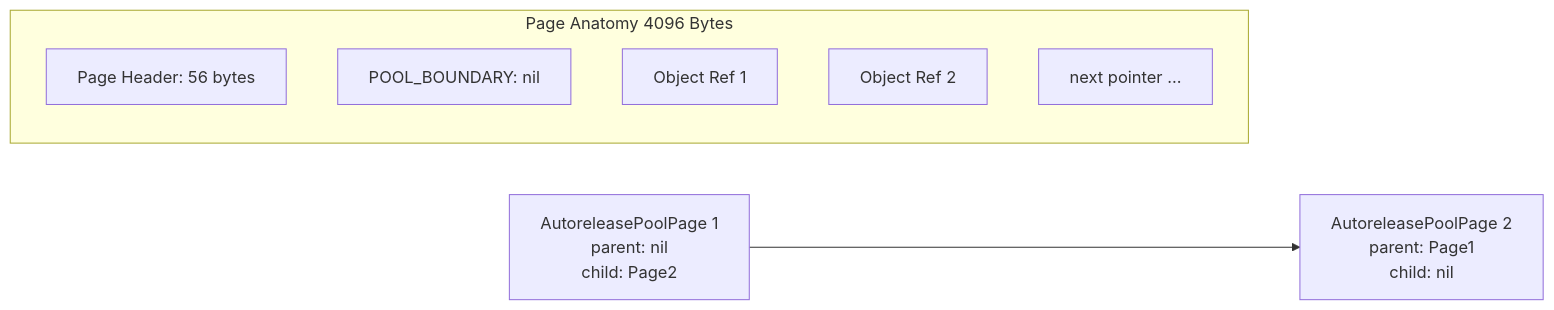
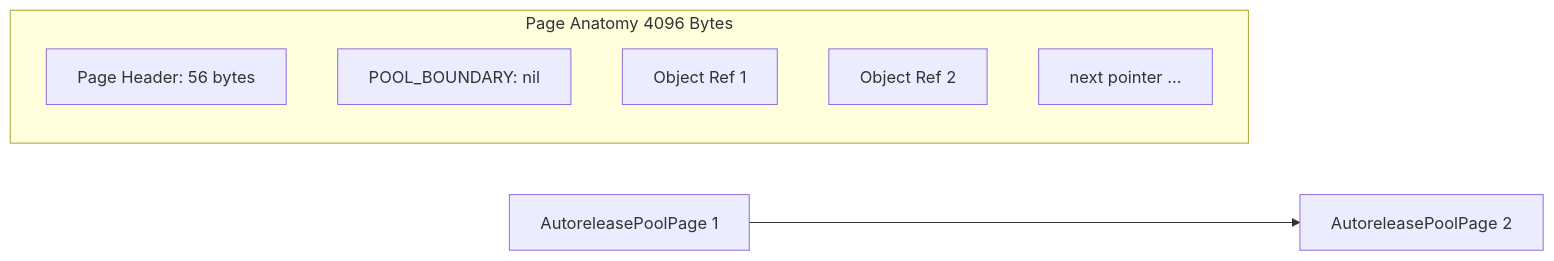
The fourth of 4 diagrams in engineering/growth-and-internals/05_iOS_Objective_C_Runtime_and_Mach_Internals.md (vennamprasad/awesome-mobile-interviews), drawn with Mermaid before and after one commit. The commit also changed other lines of this file and 7 other files, not shown here.

Commit message:
fix(growth-and-internals): resolve Mermaid diagram syntax and quoting for GitHub rich display

````diff
--- a/engineering/growth-and-internals/05_iOS_Objective_C_Runtime_and_Mach_Internals.md
+++ b/engineering/growth-and-internals/05_iOS_Objective_C_Runtime_and_Mach_Internals.md
@@ -185,12 +185,12 @@
 ```mermaid
 graph LR
-    Page1[AutoreleasePoolPage 1<br/>parent: nil<br/>child: Page2] --> Page2[AutoreleasePoolPage 2<br/>parent: Page1<br/>child: nil]
+    Page1["AutoreleasePoolPage 1"] --> Page2["AutoreleasePoolPage 2"]
     
-    subgraph Page Anatomy 4096 Bytes
-        Header[Page Header: 56 bytes]
-        Sentinel[POOL_BOUNDARY: nil]
-        ObjA[Object Ref 1]
-        ObjB[Object Ref 2]
-        NextPtr[next pointer ...]
+    subgraph "Page Anatomy 4096 Bytes"
+        Header["Page Header: 56 bytes"]
+        Sentinel["POOL_BOUNDARY: nil"]
+        ObjA["Object Ref 1"]
+        ObjB["Object Ref 2"]
+        NextPtr["next pointer ..."]
     end
 ```
````
